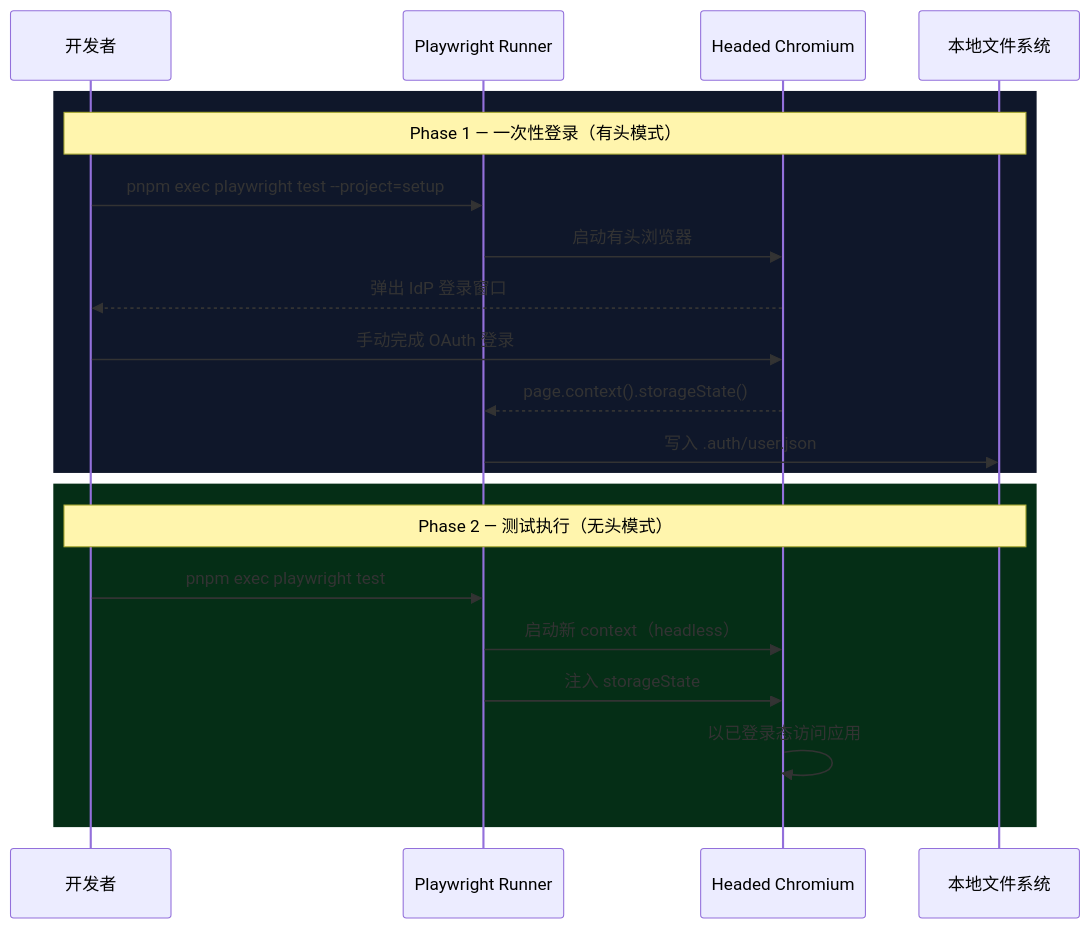
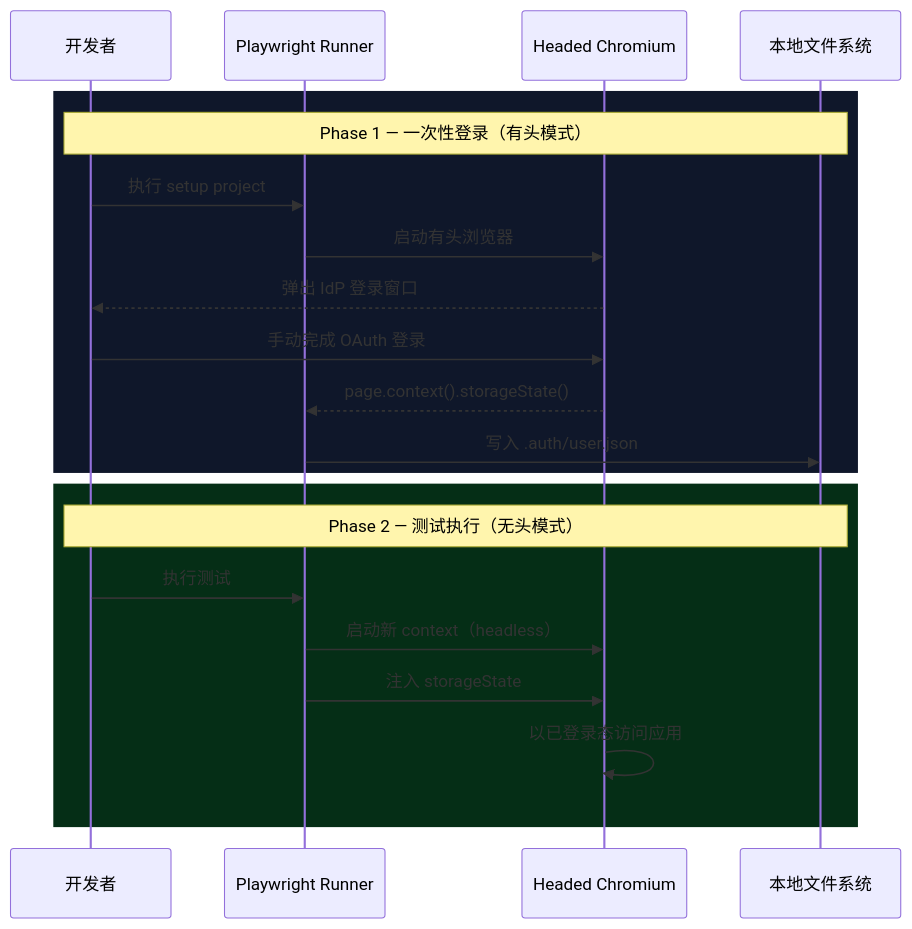
One commit to ThreeFish-AI/negentropy changed the third of 3 diagrams in docs/agents/browser-validation.md. Above: the diagram before and after it, drawn with Mermaid. The commit also changed other lines of this file and 40 other files, not shown here.

````diff
--- a/docs/agents/browser-validation.md
+++ b/docs/agents/browser-validation.md
@@ -232,25 +334,25 @@
 ```mermaid
 sequenceDiagram
   participant Dev as 开发者
   participant PW as Playwright Runner
   participant Browser as Headed Chromium
   participant FS as 本地文件系统
 
   rect rgb(15, 23, 42)
     Note over Dev,FS: Phase 1 — 一次性登录（有头模式）
-    Dev->>PW: pnpm exec playwright test --project=setup
+    Dev->>PW: 执行 setup project
     PW->>Browser: 启动有头浏览器
     Browser-->>Dev: 弹出 IdP 登录窗口
     Dev->>Browser: 手动完成 OAuth 登录
     Browser-->>PW: page.context().storageState()
     PW->>FS: 写入 .auth/user.json
   end
 
   rect rgb(5, 46, 22)
     Note over Dev,FS: Phase 2 — 测试执行（无头模式）
-    Dev->>PW: pnpm exec playwright test
+    Dev->>PW: 执行测试
     PW->>Browser: 启动新 context（headless）
     PW->>Browser: 注入 storageState
     Browser->>Browser: 以已登录态访问应用
   end
 ```
````
